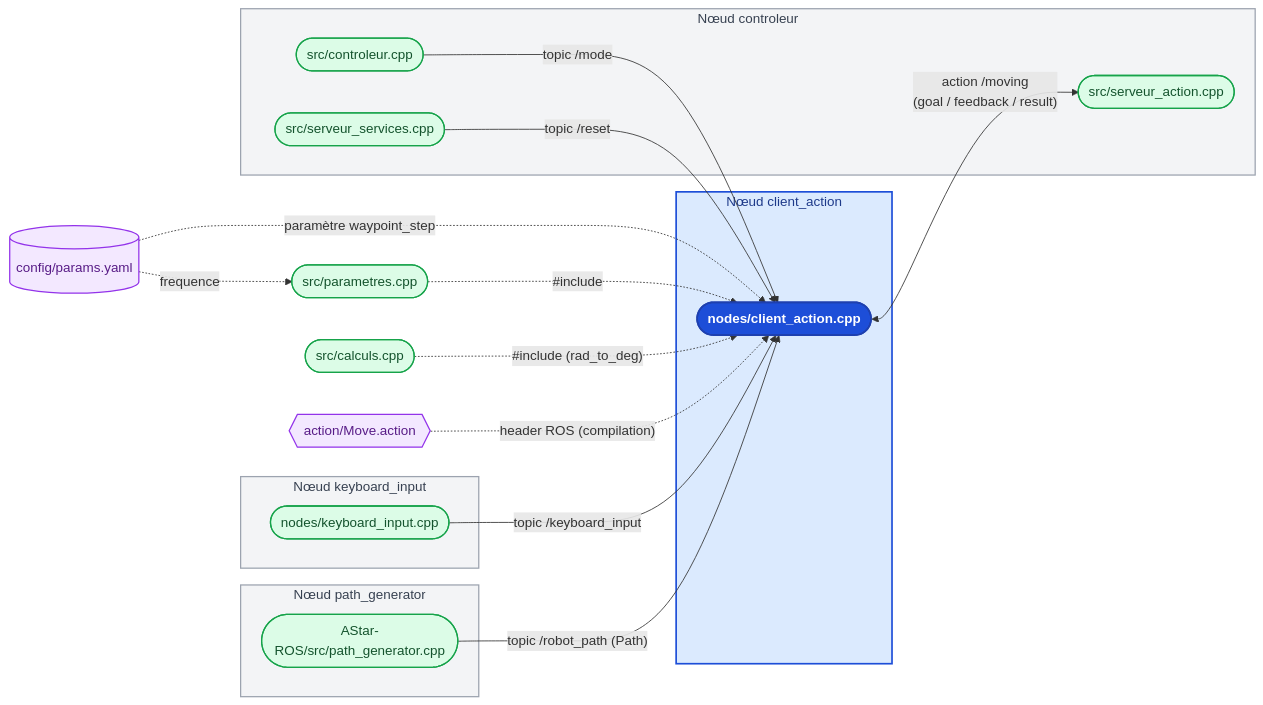
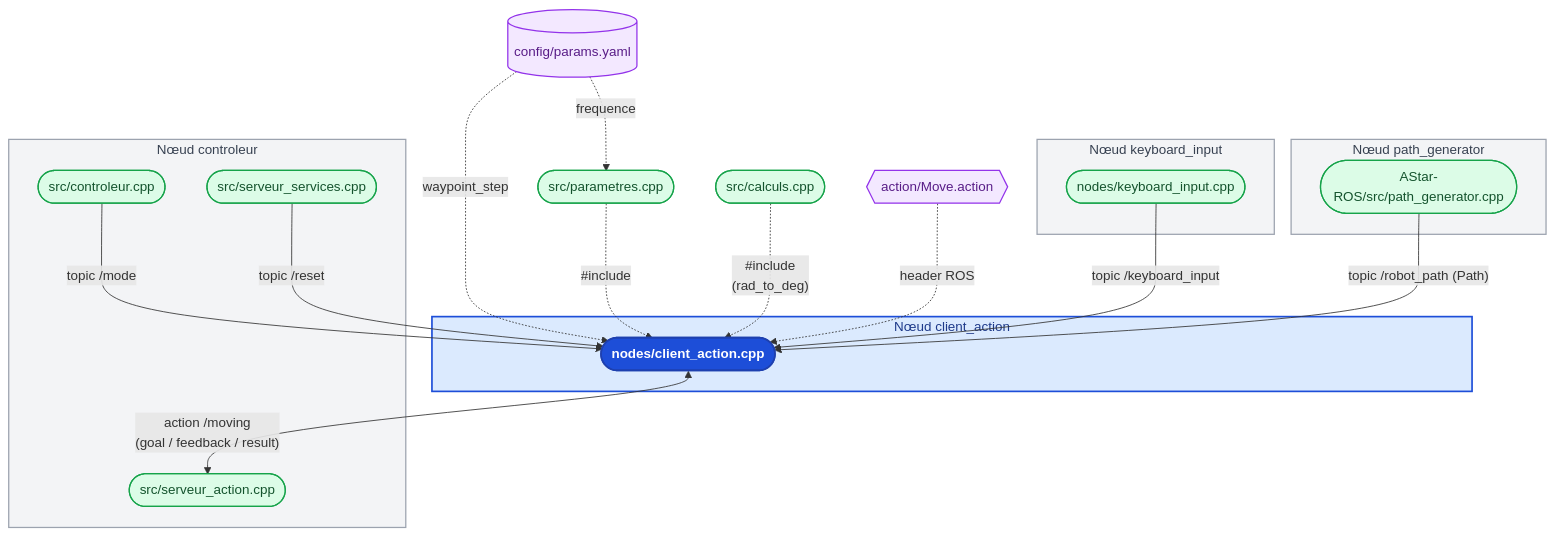
One commit to benoitdekeyn/E4SE_TD_TP changed the sixth of 7 diagrams in robotique_et_navigation/Rapport/Rapport.md. Above: the diagram before and after it, drawn with Mermaid. The commit also changed other lines of this file and 2 other files, not shown here.

Commit message:
Architecture globale complète

````diff
--- a/robotique_et_navigation/Rapport/Rapport.md
+++ b/robotique_et_navigation/Rapport/Rapport.md
@@ -337,49 +337,49 @@
 ```mermaid
-flowchart LR
+flowchart TB
     C_PARAMS[("`config/params.yaml`")]
     M_PARAMS(["`src/parametres.cpp`"])
     M_CALC(["`src/calculs.cpp`"])
     A_MOVE{{"`action/Move.action`"}}
 
     subgraph SG_KEY["Nœud keyboard_input"]
         N_KEY(["`nodes/keyboard_input.cpp`"])
     end
 
     subgraph SG_PG["Nœud path_generator"]
         N_PG(["`AStar-ROS/src/path_generator.cpp`"])
     end
 
     subgraph SG_CACT["Nœud client_action"]
         NODE(["`**nodes/client_action.cpp**`"])
     end
 
     subgraph SG_CTRL["Nœud controleur"]
         N_CTRL(["`src/controleur.cpp`"])
         N_SSRV(["`src/serveur_services.cpp`"])
         N_SACT(["`src/serveur_action.cpp`"])
     end
 
     C_PARAMS -.->|"frequence"| M_PARAMS
-    C_PARAMS -.->|"paramètre waypoint_step"| NODE
+    C_PARAMS -.->|"waypoint_step"| NODE
     M_PARAMS -.->|"#include"| NODE
-    M_CALC -.->|"#include (rad_to_deg)"| NODE
-    A_MOVE -.->|"header ROS (compilation)"| NODE
+    M_CALC -.->|"#include<br/>(rad_to_deg)"| NODE
+    A_MOVE -.->|"header ROS"| NODE
 
     N_KEY -->|"topic /keyboard_input"| NODE
     N_PG -->|"topic /robot_path (Path)"| NODE
     N_CTRL -->|"topic /mode"| NODE
     N_SSRV -->|"topic /reset"| NODE
 
     NODE <-->|"action /moving<br/>(goal / feedback / result)"| N_SACT
 
     classDef cpp fill:#dcfce7,stroke:#16a34a,stroke-width:1.5px,color:#14532d
     classDef autre fill:#f3e8ff,stroke:#9333ea,stroke-width:1.5px,color:#581c87
 
     class M_PARAMS,M_CALC,N_KEY,N_PG,N_CTRL,N_SSRV,N_SACT cpp
     class C_PARAMS,A_MOVE autre
     style SG_CACT fill:#dbeafe,stroke:#1d4ed8,stroke-width:2px,color:#1e3a8a
     style NODE fill:#1d4ed8,stroke:#1e40af,stroke-width:2px,color:#ffffff
     style SG_KEY fill:#f3f4f6,stroke:#9ca3af,stroke-width:1.5px,color:#374151
     style SG_PG fill:#f3f4f6,stroke:#9ca3af,stroke-width:1.5px,color:#374151
     style SG_CTRL fill:#f3f4f6,stroke:#9ca3af,stroke-width:1.5px,color:#374151
 ```
````
